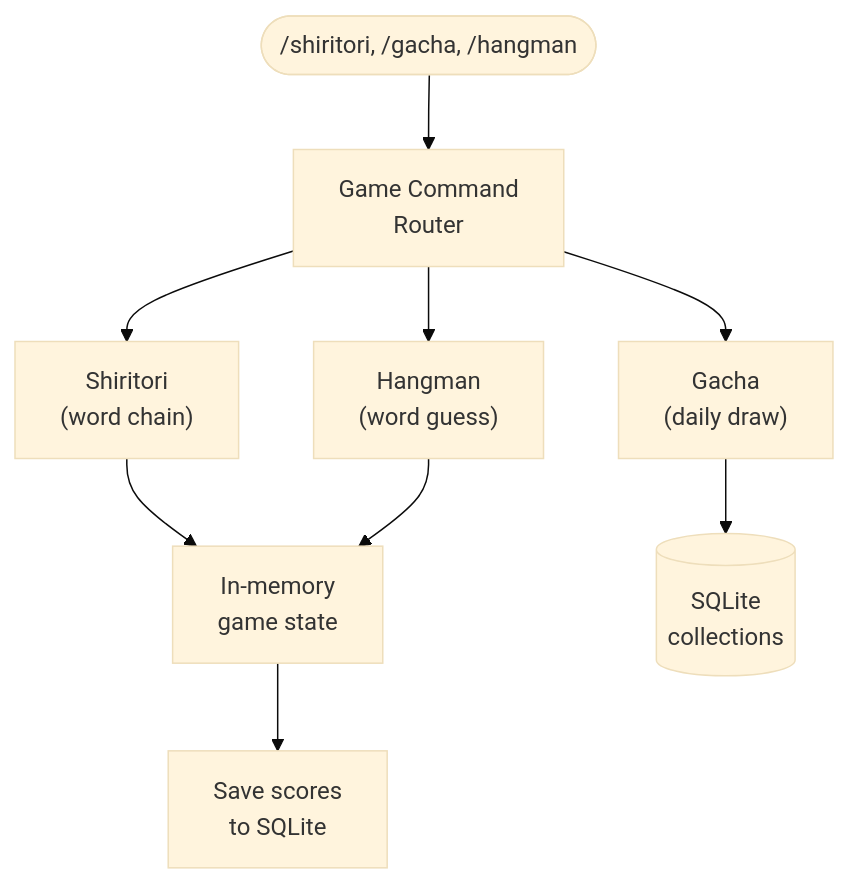
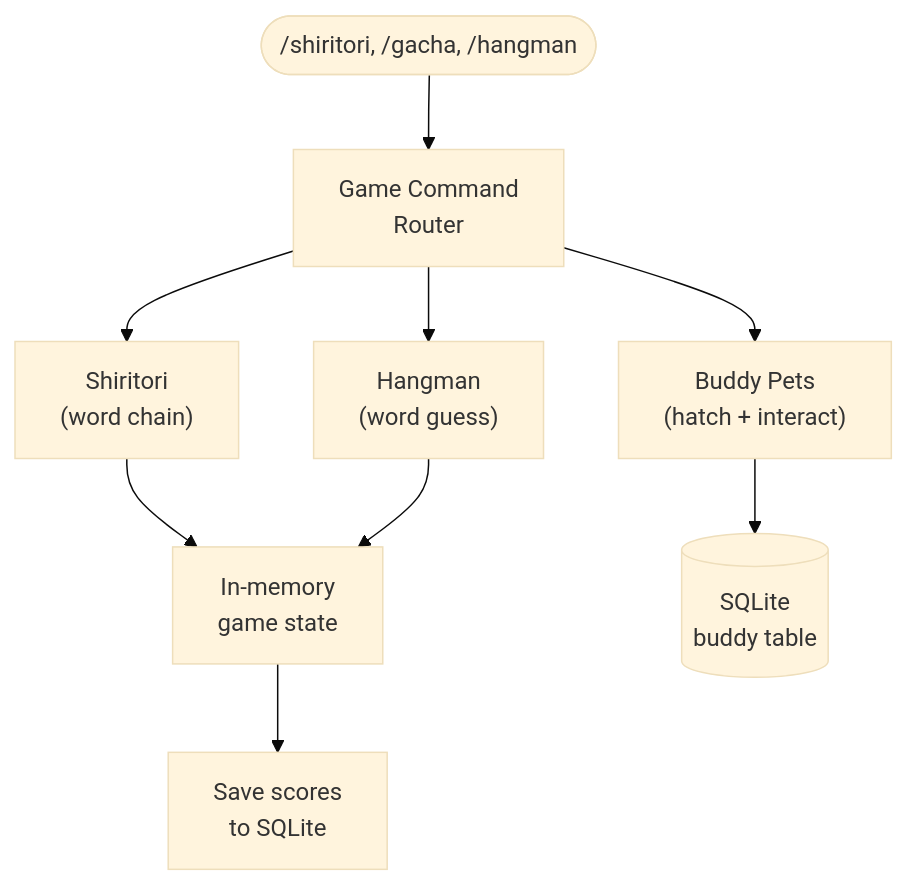
Before and after one commit to AlaskanTuna/rokabot: the ninth of 9 diagrams in README.md, drawn with Mermaid (base theme). The commit also changed other lines of this file, not shown here.

Commit message:
docs: update README with buddy pets, sharp pipeline, command reworks, and slash command reference

````diff
--- a/README.md
+++ b/README.md
@@ -297,11 +304,11 @@
 ```mermaid
 flowchart TD
     Slash(["/shiritori, /gacha, /hangman"]) --> Router["Game Command\nRouter"]
     Router --> S["Shiritori\n(word chain)"]
-    Router --> G["Gacha\n(daily draw)"]
+    Router --> G["Buddy Pets\n(hatch + interact)"]
     Router --> H["Hangman\n(word guess)"]
     S --> State["In-memory\ngame state"]
     H --> State
-    G --> DB[("SQLite\ncollections")]
+    G --> DB[("SQLite\nbuddy table")]
     State --> Scores["Save scores\nto SQLite"]
 ```
````
